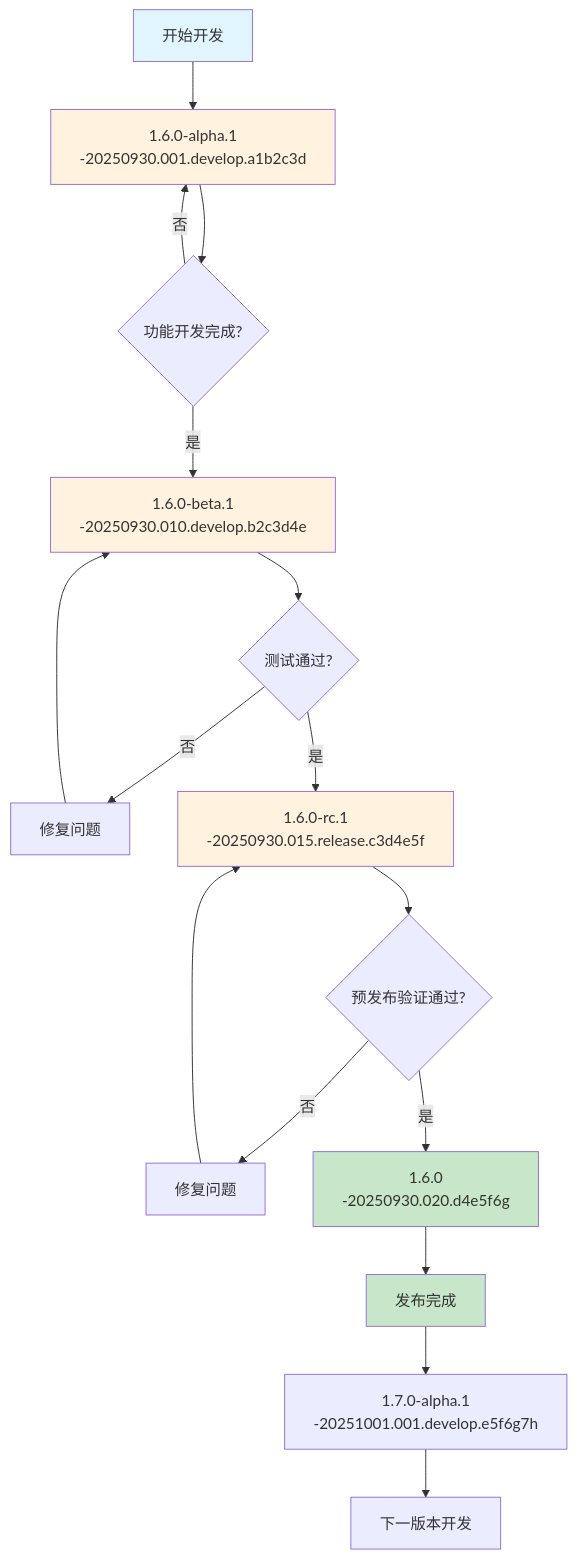
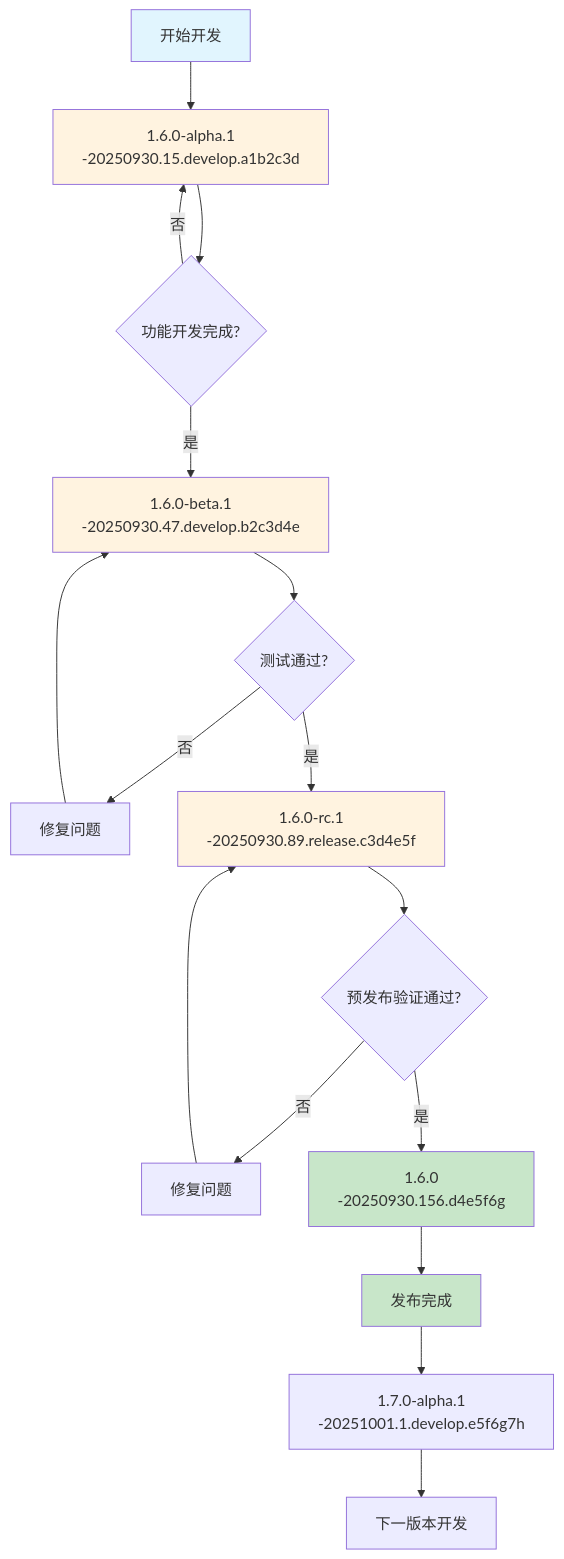
One commit to nesnilnehc/project-documentation-template changed the diagram in docs/development-guide/release-standards/versioning-standards.md. Above: the diagram before and after it, drawn with Mermaid. The commit also changed other lines of this file, not shown here.

First line of the commit message:
docs(release-standards): update versioning standards with build details

````diff
--- a/docs/development-guide/release-standards/versioning-standards.md
+++ b/docs/development-guide/release-standards/versioning-standards.md
@@ -126,28 +142,28 @@
 ```mermaid
 graph TD
-    A[开始开发] --> B["1.6.0-alpha.1<br/>-20250930.001.develop.a1b2c3d"]
+    A[开始开发] --> B["1.6.0-alpha.1<br/>-20250930.15.develop.a1b2c3d"]
     B --> C{功能开发完成?}
     C -->|否| B
-    C -->|是| D["1.6.0-beta.1<br/>-20250930.010.develop.b2c3d4e"]
+    C -->|是| D["1.6.0-beta.1<br/>-20250930.47.develop.b2c3d4e"]
     
     D --> E{测试通过?}
     E -->|否| F[修复问题]
     F --> D
-    E -->|是| G["1.6.0-rc.1<br/>-20250930.015.release.c3d4e5f"]
+    E -->|是| G["1.6.0-rc.1<br/>-20250930.89.release.c3d4e5f"]
     
     G --> H{预发布验证通过?}
     H -->|否| I[修复问题]
     I --> G
-    H -->|是| J["1.6.0<br/>-20250930.020.d4e5f6g"]
+    H -->|是| J["1.6.0<br/>-20250930.156.d4e5f6g"]
     
     J --> K[发布完成]
-    K --> L["1.7.0-alpha.1<br/>-20251001.001.develop.e5f6g7h"]
+    K --> L["1.7.0-alpha.1<br/>-20251001.1.develop.e5f6g7h"]
     L --> M[下一版本开发]
     
     style A fill:#e1f5fe
     style J fill:#c8e6c9
     style K fill:#c8e6c9
     style B fill:#fff3e0
     style D fill:#fff3e0
     style G fill:#fff3e0
 ```
````
